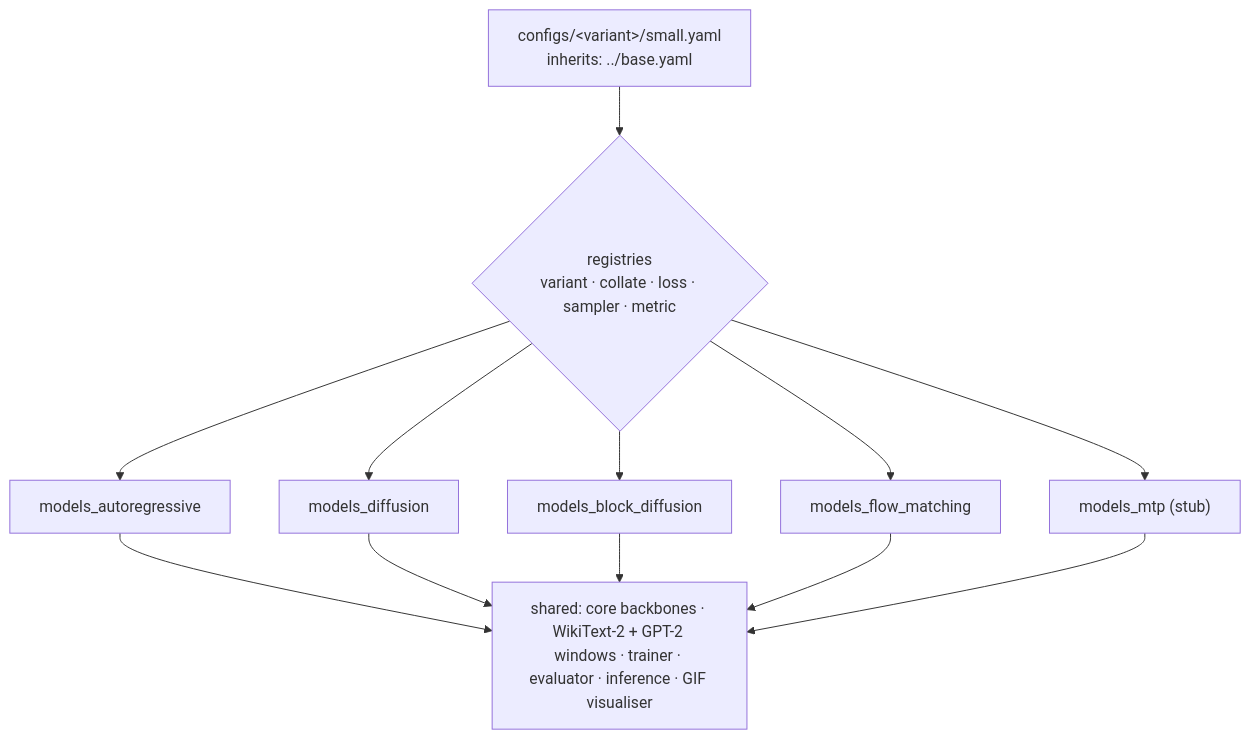
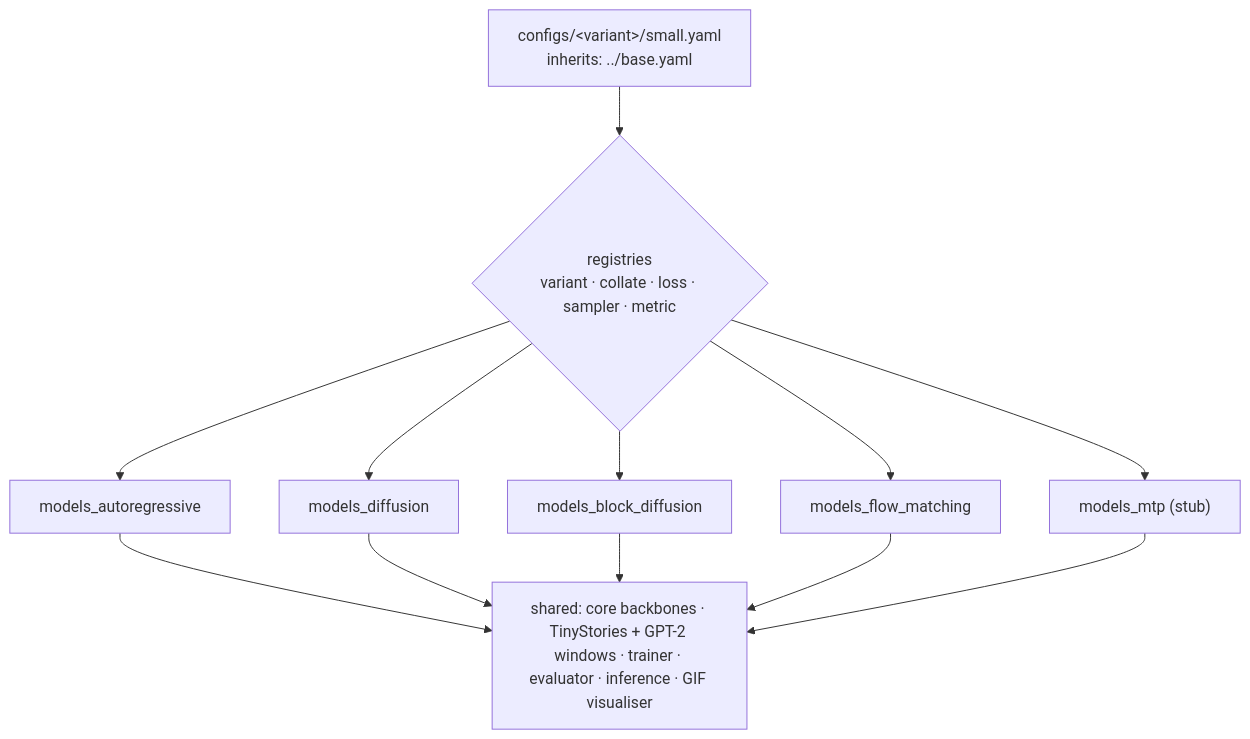
One commit to basaanithanaveenkumar/Hale-LLM changed the tenth of 13 diagrams in docs/architecture.md. Above: the diagram before and after it, drawn with Mermaid. The commit also changed other lines of this file and 67 other files, not shown here.

First line of the commit message:
feat(data): non-overlapping context windows with EOS stop token; TinyStories default

````diff
--- a/docs/architecture.md
+++ b/docs/architecture.md
@@ -230,10 +230,10 @@
 ```mermaid
 flowchart TB
   Y["configs/&lt;variant&gt;/small.yaml<br/>inherits: ../base.yaml"] --> R{"registries<br/>variant · collate · loss · sampler · metric"}
   R --> AR["models_autoregressive"]
   R --> MD["models_diffusion"]
   R --> BD["models_block_diffusion"]
   R --> FM["models_flow_matching"]
   R --> MTP["models_mtp (stub)"]
-  AR & MD & BD & FM & MTP --> CORE["shared: core backbones · WikiText-2 + GPT-2 windows · trainer · evaluator · inference · GIF visualiser"]
+  AR & MD & BD & FM & MTP --> CORE["shared: core backbones · TinyStories + GPT-2 windows · trainer · evaluator · inference · GIF visualiser"]
 ```
````
